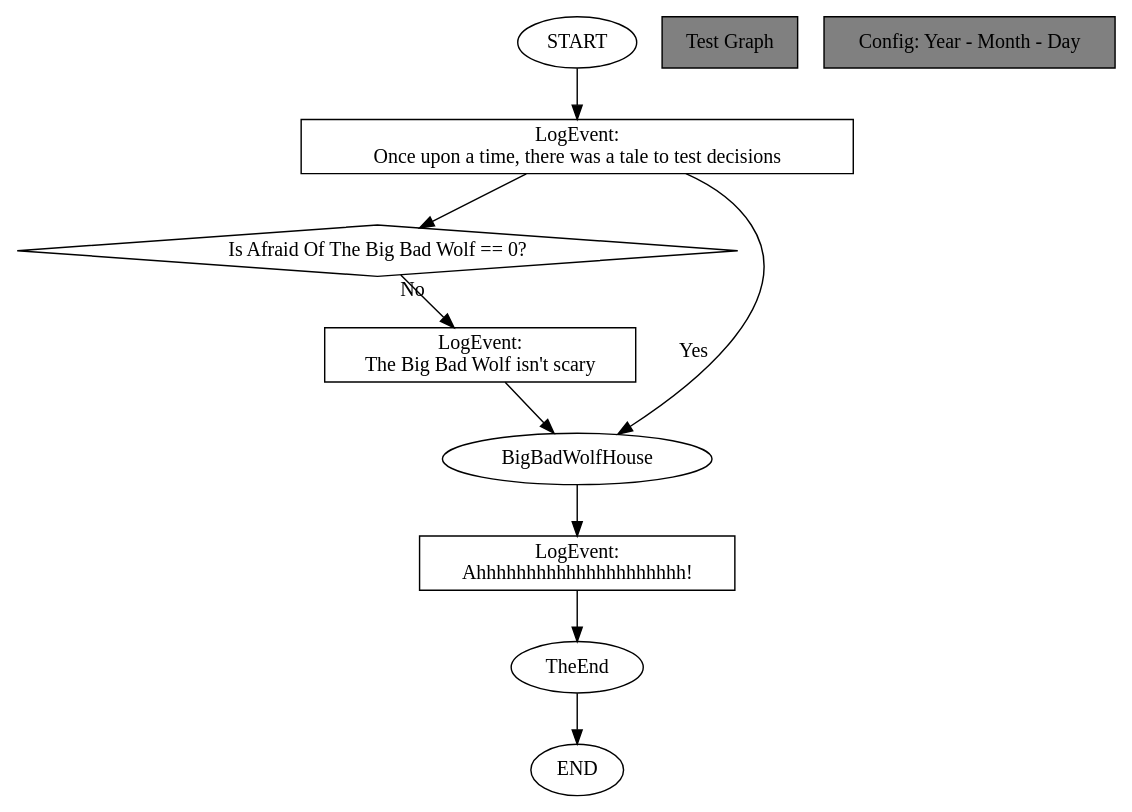
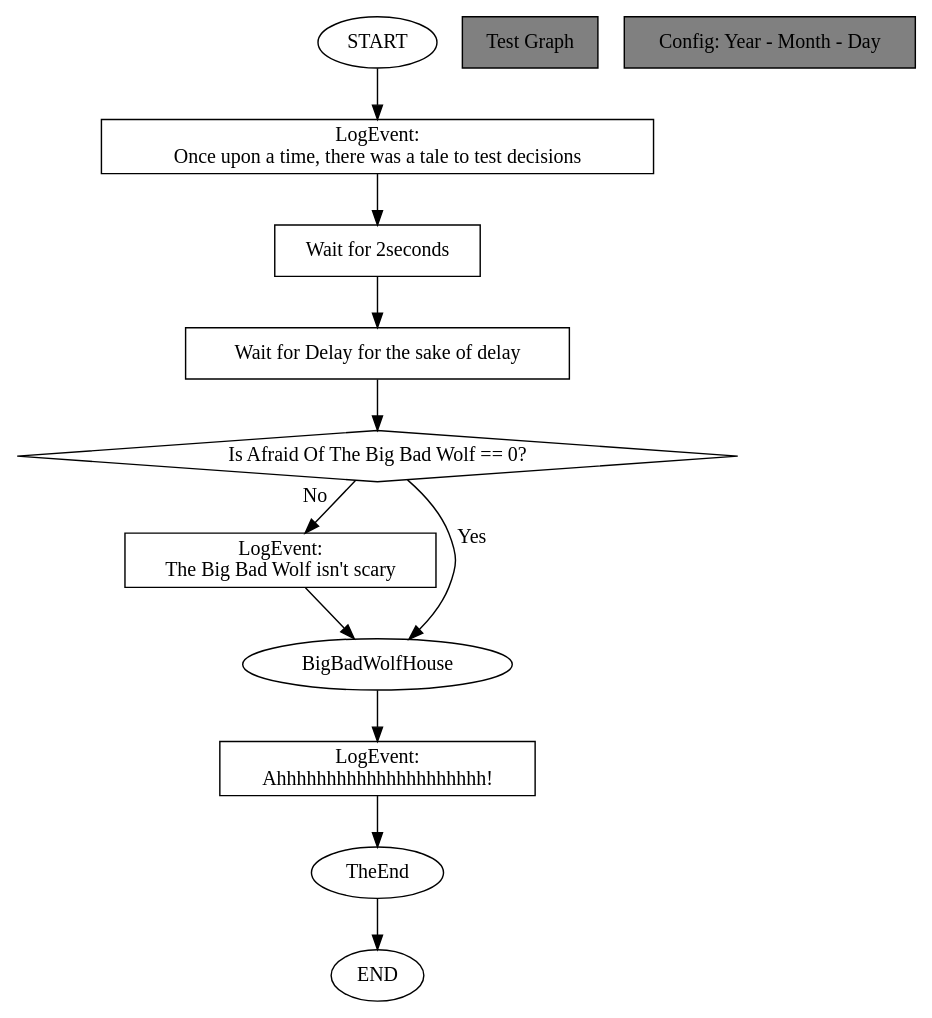
One commit to backwaterred/TrollDox changed the diagram in out/out.dot. Above: the diagram before and after it, drawn with Graphviz. The commit also changed 8 other files, not shown here.

```diff
--- a/out/out.dot
+++ b/out/out.dot
@@ -1,30 +1,34 @@
 digraph {
 
 // Graph Attributes
 graph[page="8,11" ratio=auto fontsize=12 ]
 
 // Nodes
 0[shape="oval"label="START"]
 2[shape="box"label="LogEvent:
 Once upon a time, there was a tale to test decisions"]
-4[shape="diamond"label="Is Afraid Of The Big Bad Wolf == 0?"]
-5[shape="box"label="LogEvent:
+3[shape="box"label="Wait for 2seconds"]
+4[shape="box"label="Wait for Delay for the sake of delay"]
+6[shape="diamond"label="Is Afraid Of The Big Bad Wolf == 0?"]
+7[shape="box"label="LogEvent:
 The Big Bad Wolf isn't scary"]
-7[shape="oval"label="BigBadWolfHouse"]
-8[shape="box"label="LogEvent:
+9[shape="oval"label="BigBadWolfHouse"]
+10[shape="box"label="LogEvent:
 Ahhhhhhhhhhhhhhhhhhhhh!"]
-10[shape="oval"label="TheEnd"]
+12[shape="oval"label="TheEnd"]
 99999[shape="box"label="Test Graph"style="filled"fillcolor="grey"]
 99998[shape="box"label="Config: Year - Month - Day"style="filled"fillcolor="grey"]
 9999[shape="oval"label="END"]
 
 // Edges
-8 -> 10
-2 -> 4
-7 -> 8
-4 -> 5[xlabel="No"]
-5 -> 7
-10 -> 9999
-2 -> 7[xlabel="Yes"]
+2 -> 3
+9 -> 10
+6 -> 9[xlabel="Yes"]
 0 -> 2
+10 -> 12
+3 -> 4
+7 -> 9
+4 -> 6
+6 -> 7[xlabel="No"]
+12 -> 9999
 }
```
